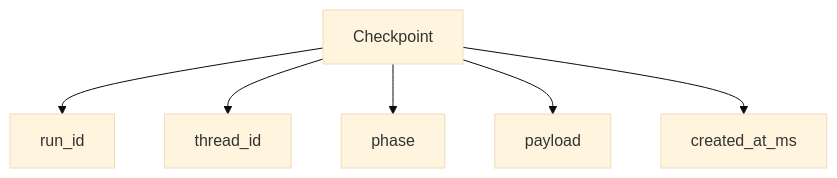
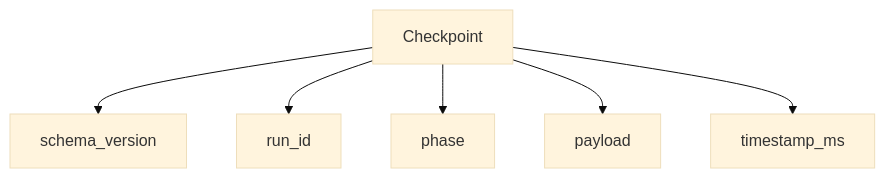
One commit to arpan404/afk changed the diagram in docs/library/checkpoint-schema.mdx. Above: the diagram before and after it, drawn with Mermaid (base theme). The commit also changed other lines of this file and 21 other files, not shown here.

````diff
--- a/docs/library/checkpoint-schema.mdx
+++ b/docs/library/checkpoint-schema.mdx
@@ -23,9 +23,9 @@
 ```mermaid
 flowchart TB
     CP[Checkpoint]
+    CP --> Version[schema_version]
     CP --> RunID[run_id]
-    CP --> ThreadID[thread_id]
     CP --> Phase[phase]
     CP --> Payload[payload]
-    CP --> Created[created_at_ms]
+    CP --> Timestamp[timestamp_ms]
 ```
````
